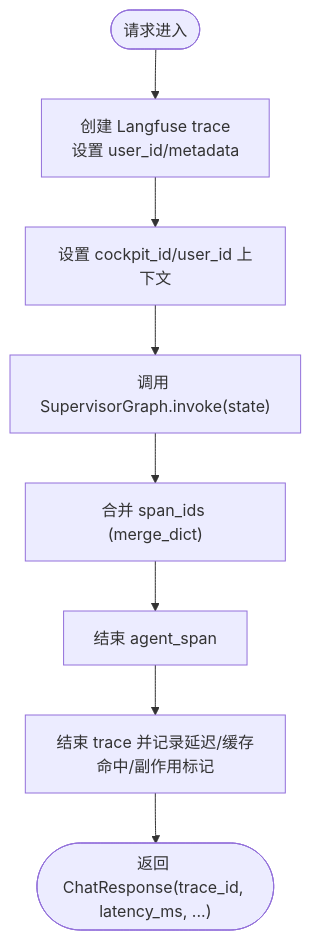
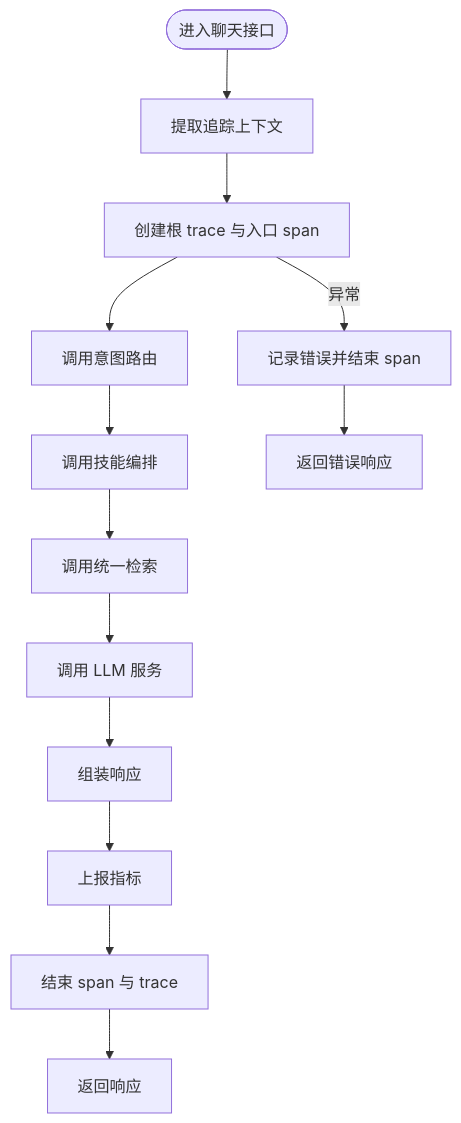
The fourth of 5 diagrams in .qoder/repowiki/zh/content/可观测性系统/分布式追踪.md (zmdhdu/NexusCockpit), drawn with Mermaid before and after one commit. The commit also changed other lines of this file and 535 other files, not shown here.

````diff
--- a/.qoder/repowiki/zh/content/可观测性系统/分布式追踪.md
+++ b/.qoder/repowiki/zh/content/可观测性系统/分布式追踪.md
@@ -235,10 +184,15 @@
 ```mermaid
 flowchart TD
-Start(["请求进入"]) --> CreateTrace["创建 Langfuse trace<br/>设置 user_id/metadata"]
-CreateTrace --> SetContext["设置 cockpit_id/user_id 上下文"]
-SetContext --> InvokeAgent["调用 SupervisorGraph.invoke(state)"]
-InvokeAgent --> MergeSpans["合并 span_ids (merge_dict)"]
-MergeSpans --> EndSpan["结束 agent_span"]
-EndSpan --> EndTrace["结束 trace 并记录延迟/缓存命中/副作用标记"]
-EndTrace --> Return(["返回 ChatResponse(trace_id, latency_ms, ...)"])
+Start(["进入聊天接口"]) --> ExtractCtx["提取追踪上下文"]
+ExtractCtx --> CreateTrace["创建根 trace 与入口 span"]
+CreateTrace --> CallIntent["调用意图路由"]
+CallIntent --> CallSkills["调用技能编排"]
+CallSkills --> CallRAG["调用统一检索"]
+CallRAG --> CallLLM["调用 LLM 服务"]
+CallLLM --> Assemble["组装响应"]
+Assemble --> RecordMetrics["上报指标"]
+RecordMetrics --> EndSpan["结束 span 与 trace"]
+EndSpan --> ReturnResp["返回响应"]
+CreateTrace --> |异常| HandleError["记录错误并结束 span"]
+HandleError --> ReturnErr["返回错误响应"]
 ```
````
